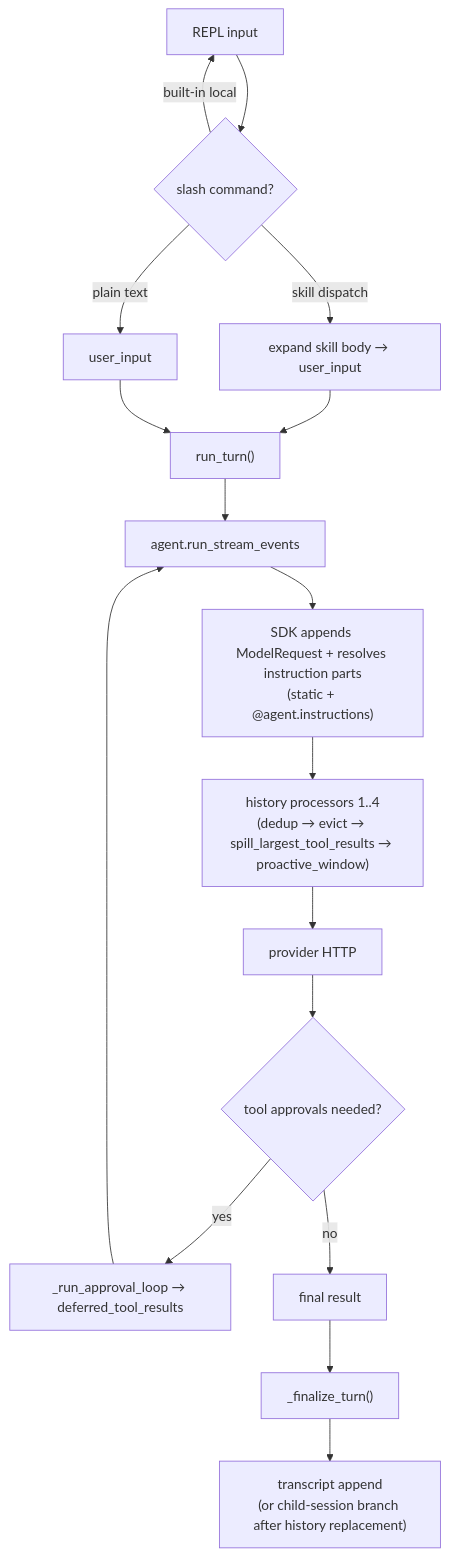
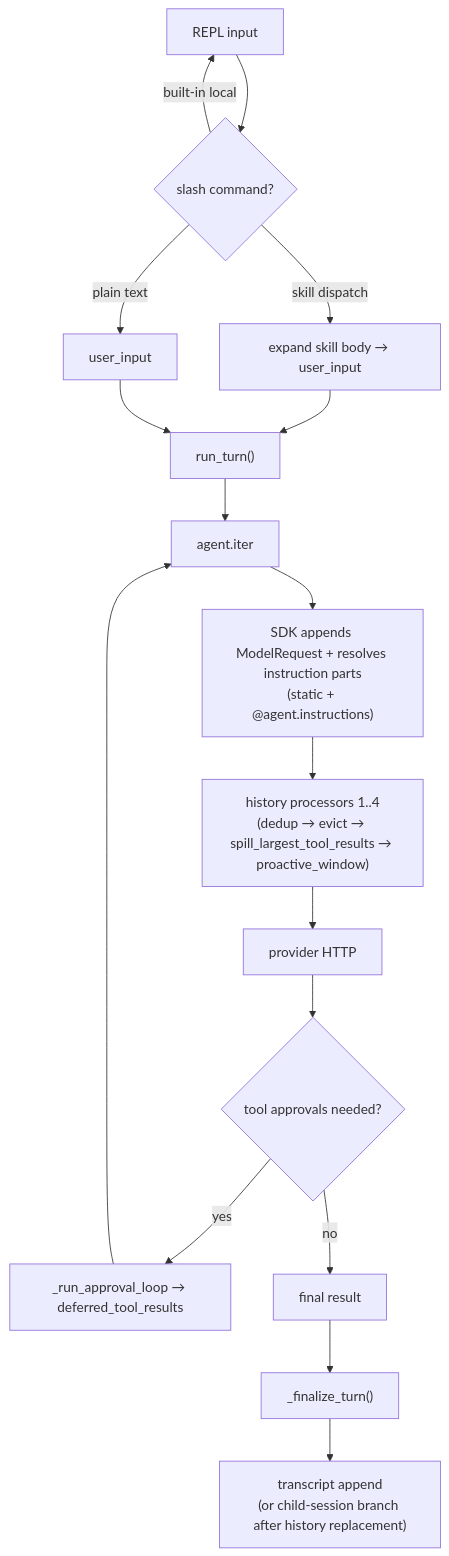
Before and after one commit to binlecode/co-cli: the first of 2 diagrams in docs/specs/core-loop.md, drawn with Mermaid. The commit also changed other lines of this file and 20 other files, not shown here.

First line of the commit message:
feat: agent loop on agent.iter() + tunable stall timeout (v0.8.486)

````diff
--- a/docs/specs/core-loop.md
+++ b/docs/specs/core-loop.md
@@ -27,21 +27,21 @@
 ```mermaid
 flowchart TD
     A["REPL input"] --> B{"slash command?"}
     B -->|built-in local| A
     B -->|skill dispatch| C["expand skill body → user_input"]
     B -->|plain text| D["user_input"]
     C --> E["run_turn()"]
     D --> E
 
-    E --> F["agent.run_stream_events"]
+    E --> F["agent.iter"]
     F --> G["SDK appends ModelRequest + resolves instruction parts<br/>(static + @agent.instructions)"]
     G --> H["history processors 1..4<br/>(dedup → evict → spill_largest_tool_results → proactive_window)"]
     H --> I["provider HTTP"]
     I --> J{"tool approvals needed?"}
     J -->|yes| K["_run_approval_loop → deferred_tool_results"]
     K --> F
     J -->|no| L["final result"]
 
     L --> M["_finalize_turn()"]
     M --> N["transcript append<br/>(or child-session branch after history replacement)"]
 ```
````
